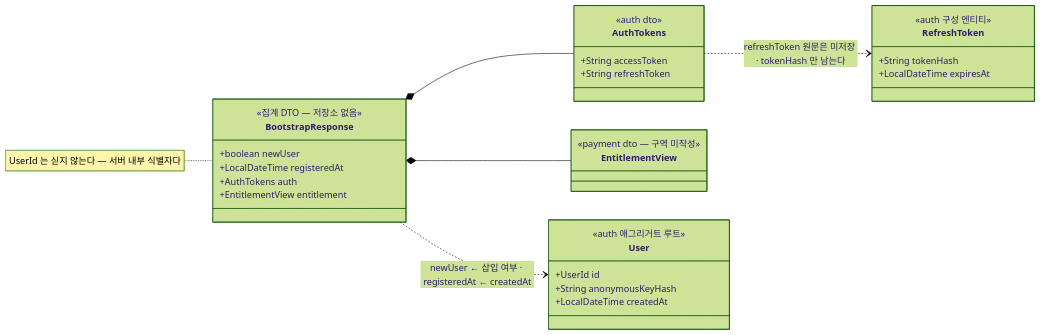
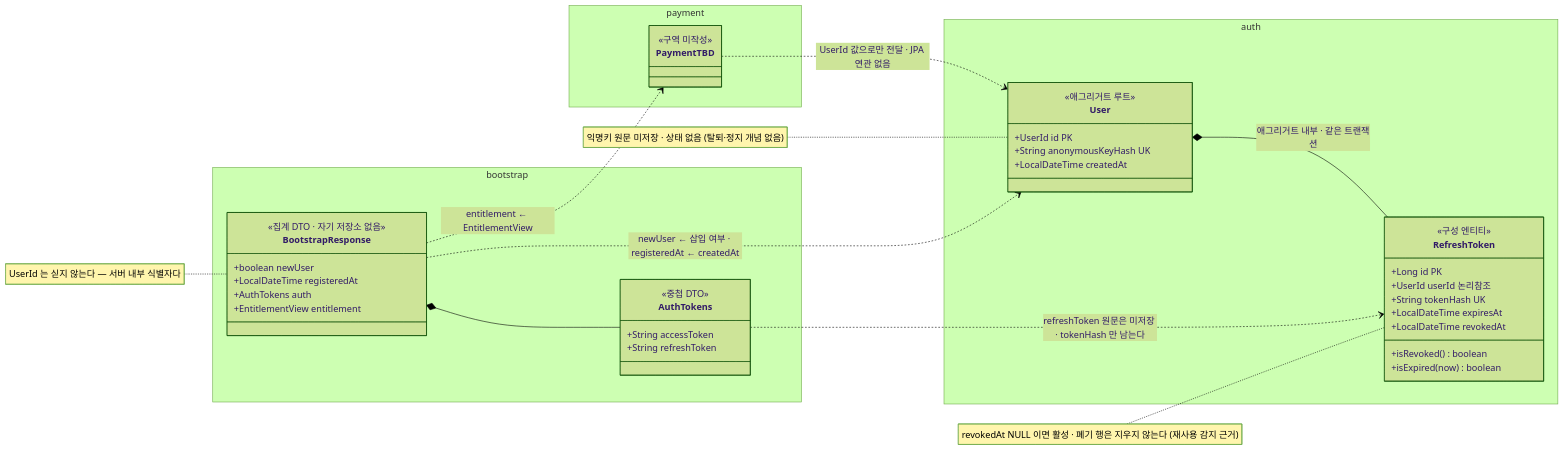
One commit to kang20/youtube-creator changed the diagram in backend/docs/model/master.md. Above: the diagram before and after it, drawn with Mermaid (forest theme). The commit also changed other lines of this file and 2 other files, not shown here.

Commit message:
docs(model): 한 그림으로 통합 + classDiagram 으로 전환
다이어그램을 쪼개지 않는다. ERD·flowchart·classDiagram 3개로 나뉘어 있어
경계를 보려면 그림 사이를 머리로 이어야 했다. 전 모듈이 한 그림 안에 있어야
경계가 보인다.

종류는 classDiagram 으로 고정한다. flowchart 노드에 <br/> 로 필드를 이어붙이면
줄글이 되어 읽히지 않는다. classDiagram 은 어트리뷰트가 클래스 박스 안에
한 줄씩 표처럼 쌓인다 — 도메인 모델 그림은 이 형태여야 한다.

  namespace   = Modulith 모듈 (ASCII 모듈명. 한글 표시명은 주석 매핑)
  <<...>>     = 역할 (애그리거트 루트 · 구성 엔티티 · 집계 DTO)
  *-- / ..>   = 애그리거트 내부 / 경계 넘음
  note for    = 라벨에 안 들어가는 불변식

집계 컨텍스트도 별도 그림이 아니라 같은 다이어그램의 namespace 하나로 들어간다.

````diff
--- a/backend/docs/model/master.md
+++ b/backend/docs/model/master.md
@@ -65,43 +33,58 @@
 ```mermaid
 classDiagram
     direction LR
 
-    class BootstrapResponse {
-        <<집계 DTO — 저장소 없음>>
-        +boolean newUser
-        +LocalDateTime registeredAt
-        +AuthTokens auth
-        +EntitlementView entitlement
+    namespace auth {
+        class User {
+            <<애그리거트 루트>>
+            +UserId id  PK
+            +String anonymousKeyHash  UK
+            +LocalDateTime createdAt
+        }
+
+        class RefreshToken {
+            <<구성 엔티티>>
+            +Long id  PK
+            +UserId userId  논리참조
+            +String tokenHash  UK
+            +LocalDateTime expiresAt
+            +LocalDateTime revokedAt
+            +isRevoked() boolean
+            +isExpired(now) boolean
+        }
     }
 
-    class AuthTokens {
-        <<auth dto>>
-        +String accessToken
-        +String refreshToken
+    namespace payment {
+        class PaymentTBD {
+            <<구역 미작성>>
+        }
     }
 
-    class EntitlementView {
-        <<payment dto — 구역 미작성>>
+    namespace bootstrap {
+        class BootstrapResponse {
+            <<집계 DTO · 자기 저장소 없음>>
+            +boolean newUser
+            +LocalDateTime registeredAt
+            +AuthTokens auth
+            +EntitlementView entitlement
+        }
+
+        class AuthTokens {
+            <<중첩 DTO>>
+            +String accessToken
+            +String refreshToken
+        }
     }
 
-    class User {
-        <<auth 애그리거트 루트>>
-        +UserId id
-        +String anonymousKeyHash
-        +LocalDateTime createdAt
-    }
-
-    class RefreshToken {
-        <<auth 구성 엔티티>>
-        +String tokenHash
-        +LocalDateTime expiresAt
-    }
-
+    User *-- RefreshToken : 애그리거트 내부 · 같은 트랜잭션
     BootstrapResponse *-- AuthTokens
-    BootstrapResponse *-- EntitlementView
 
     BootstrapResponse ..> User : newUser ← 삽입 여부 · registeredAt ← createdAt
     AuthTokens ..> RefreshToken : refreshToken 원문은 미저장 · tokenHash 만 남는다
+    BootstrapResponse ..> PaymentTBD : entitlement ← EntitlementView
+    PaymentTBD ..> User : UserId 값으로만 전달 · JPA 연관 없음
 
+    note for User "익명키 원문 미저장 · 상태 없음 (탈퇴·정지 개념 없음)"
+    note for RefreshToken "revokedAt NULL 이면 활성 · 폐기 행은 지우지 않는다 (재사용 감지 근거)"
     note for BootstrapResponse "UserId 는 싣지 않는다 — 서버 내부 식별자다"
 ```
````
